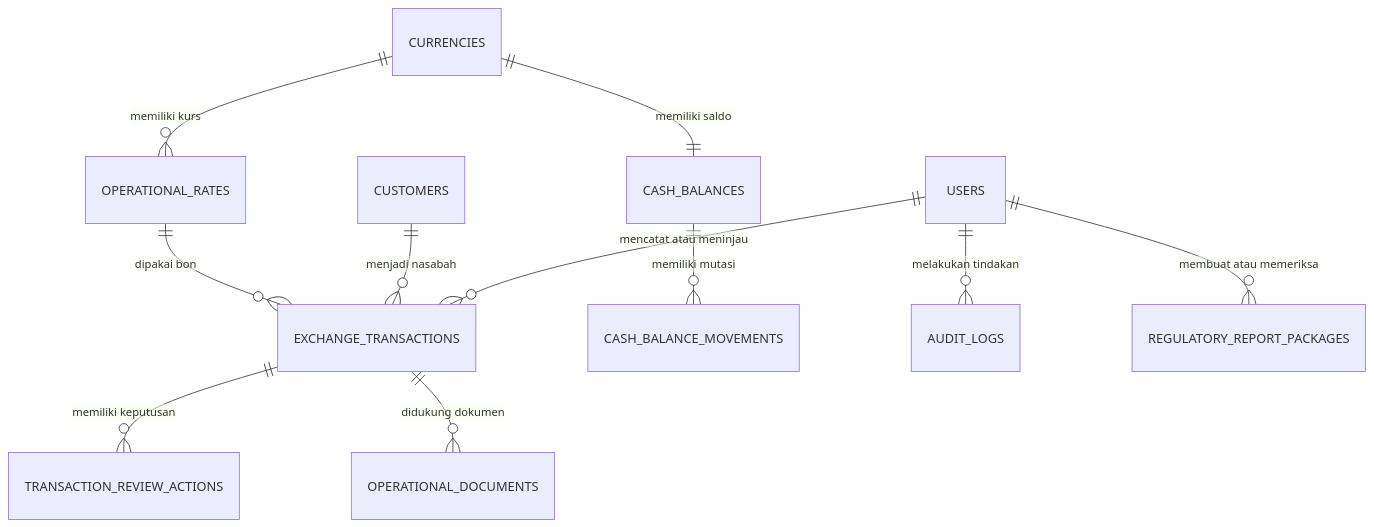
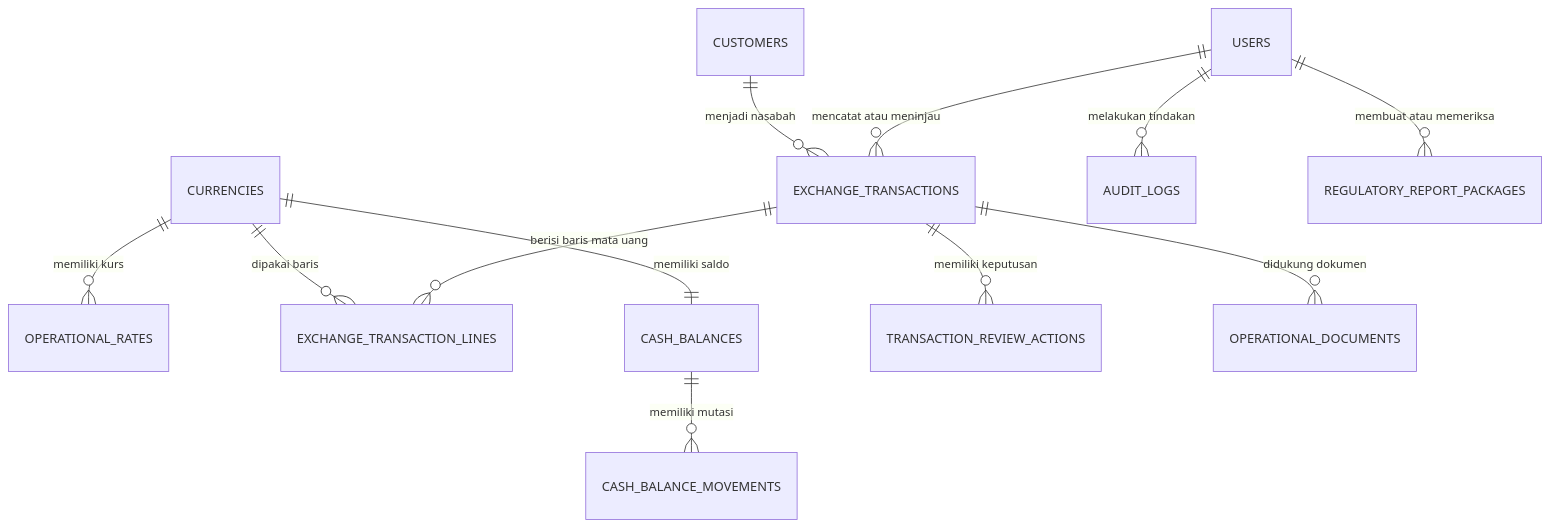
The diagram in docs/SKEMA-DATABASE-PROJECT.md (juliansugiarto/MoneychangerSuperApp), drawn with Mermaid before and after one commit. The commit also changed other lines of this file and 19 other files, not shown here.

First line of the commit message:
Transaksi v2: multi-mata uang per bon, harga manual per baris, No. Kwitansi terpisah per jenis, cetak sesuai kertas asli

````diff
--- a/docs/SKEMA-DATABASE-PROJECT.md
+++ b/docs/SKEMA-DATABASE-PROJECT.md
@@ -23,13 +23,14 @@
 ```mermaid
 erDiagram
   USERS ||--o{ EXCHANGE_TRANSACTIONS : "mencatat atau meninjau"
   CUSTOMERS ||--o{ EXCHANGE_TRANSACTIONS : "menjadi nasabah"
   CURRENCIES ||--o{ OPERATIONAL_RATES : "memiliki kurs"
-  OPERATIONAL_RATES ||--o{ EXCHANGE_TRANSACTIONS : "dipakai bon"
+  EXCHANGE_TRANSACTIONS ||--o{ EXCHANGE_TRANSACTION_LINES : "berisi baris mata uang"
+  CURRENCIES ||--o{ EXCHANGE_TRANSACTION_LINES : "dipakai baris"
   CURRENCIES ||--|| CASH_BALANCES : "memiliki saldo"
   CASH_BALANCES ||--o{ CASH_BALANCE_MOVEMENTS : "memiliki mutasi"
   EXCHANGE_TRANSACTIONS ||--o{ TRANSACTION_REVIEW_ACTIONS : "memiliki keputusan"
   EXCHANGE_TRANSACTIONS ||--o{ OPERATIONAL_DOCUMENTS : "didukung dokumen"
   USERS ||--o{ AUDIT_LOGS : "melakukan tindakan"
   USERS ||--o{ REGULATORY_REPORT_PACKAGES : "membuat atau memeriksa"
 ```
````
